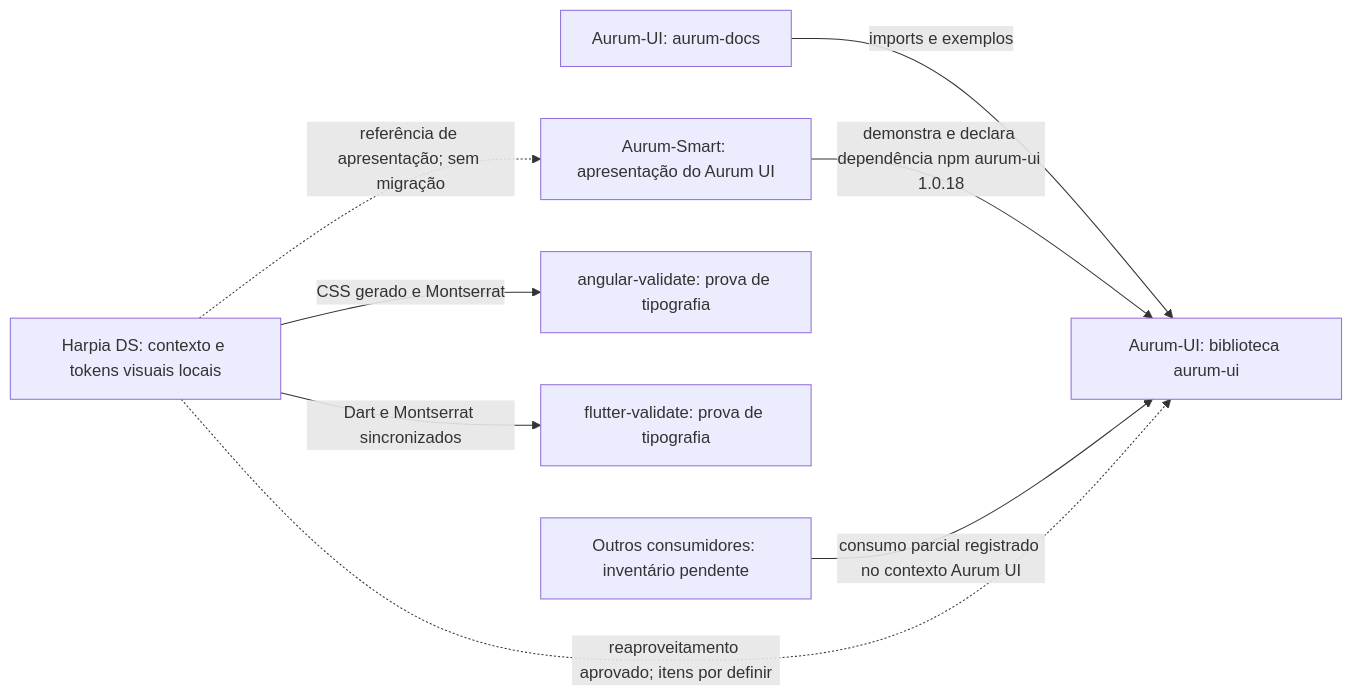
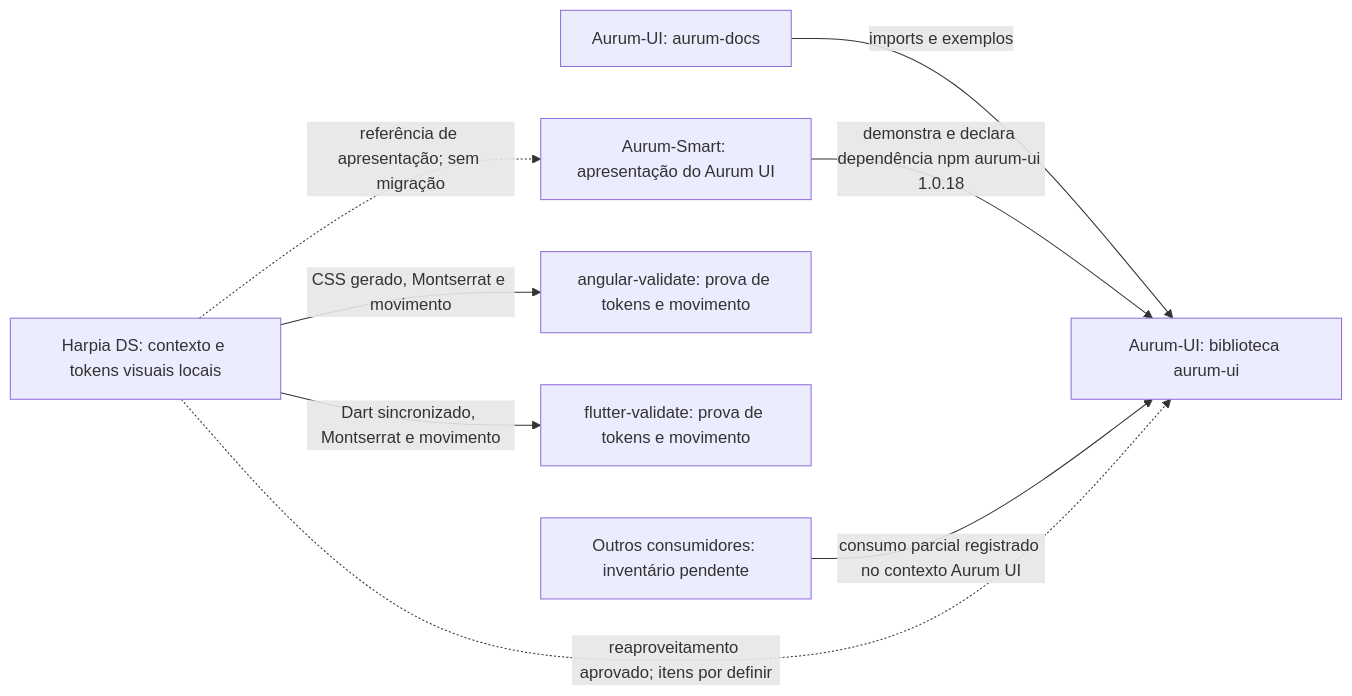
The first of 2 diagrams in docs/context/graph.md (rysecodebr/harpia-ds), drawn with Mermaid before and after one commit. The commit also changed 20 other files, not shown here.

Commit message:
feat(tokens): adicione movimento de estado de controles

````diff
--- a/docs/context/graph.md
+++ b/docs/context/graph.md
@@ -5,18 +5,18 @@
 ```mermaid
 flowchart LR
     AurumUI["Aurum-UI: biblioteca aurum-ui"]
     AurumDocs["Aurum-UI: aurum-docs"]
     Smart["Aurum-Smart: apresentação do Aurum UI"]
     Harpia["Harpia DS: contexto e tokens visuais locais"]
-    AngularValidate["angular-validate: prova de tipografia"]
-    FlutterValidate["flutter-validate: prova de tipografia"]
+    AngularValidate["angular-validate: prova de tokens e movimento"]
+    FlutterValidate["flutter-validate: prova de tokens e movimento"]
     Consumers["Outros consumidores: inventário pendente"]
 
     AurumDocs -->|imports e exemplos| AurumUI
     Smart -->|demonstra e declara dependência npm aurum-ui 1.0.18| AurumUI
     Consumers -->|consumo parcial registrado no contexto Aurum UI| AurumUI
     Harpia -.->|reaproveitamento aprovado; itens por definir| AurumUI
     Harpia -.->|referência de apresentação; sem migração| Smart
-    Harpia -->|CSS gerado e Montserrat| AngularValidate
-    Harpia -->|Dart e Montserrat sincronizados| FlutterValidate
+    Harpia -->|CSS gerado, Montserrat e movimento| AngularValidate
+    Harpia -->|Dart sincronizado, Montserrat e movimento| FlutterValidate
 ```
````
